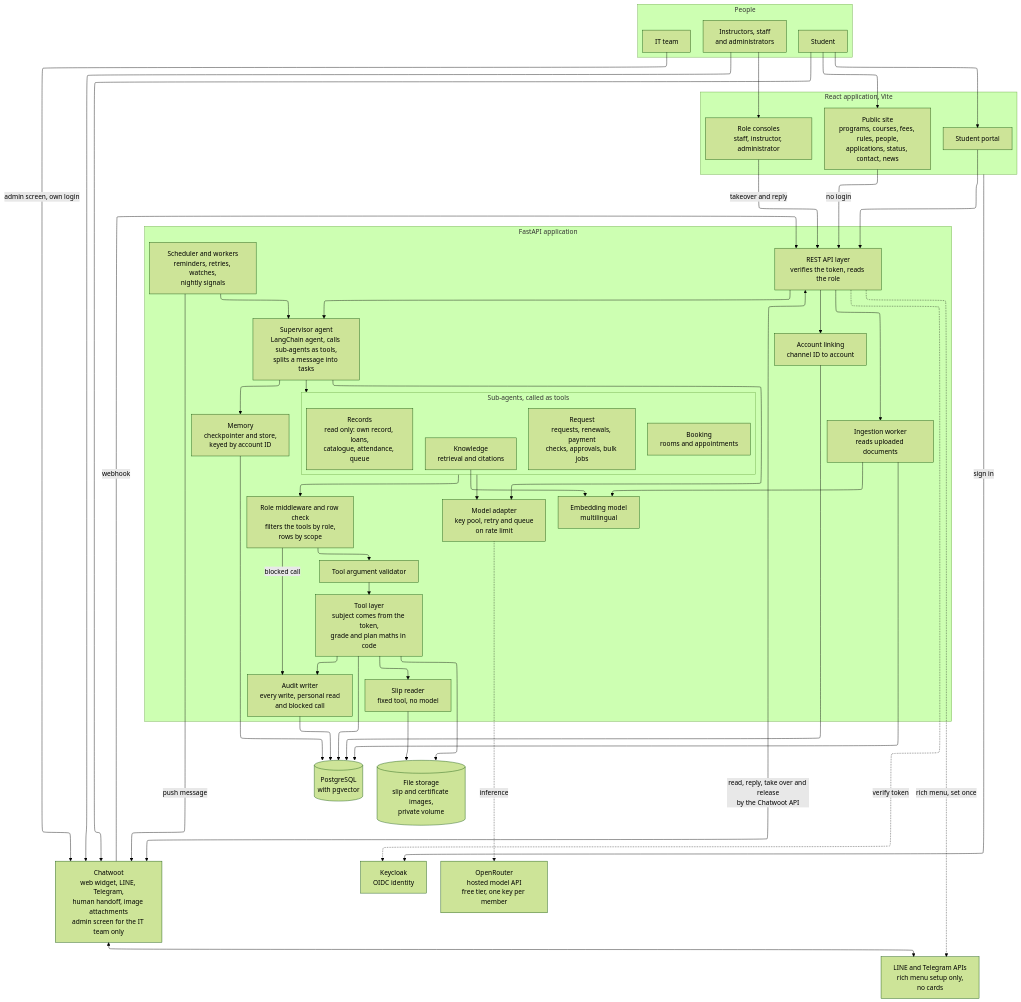
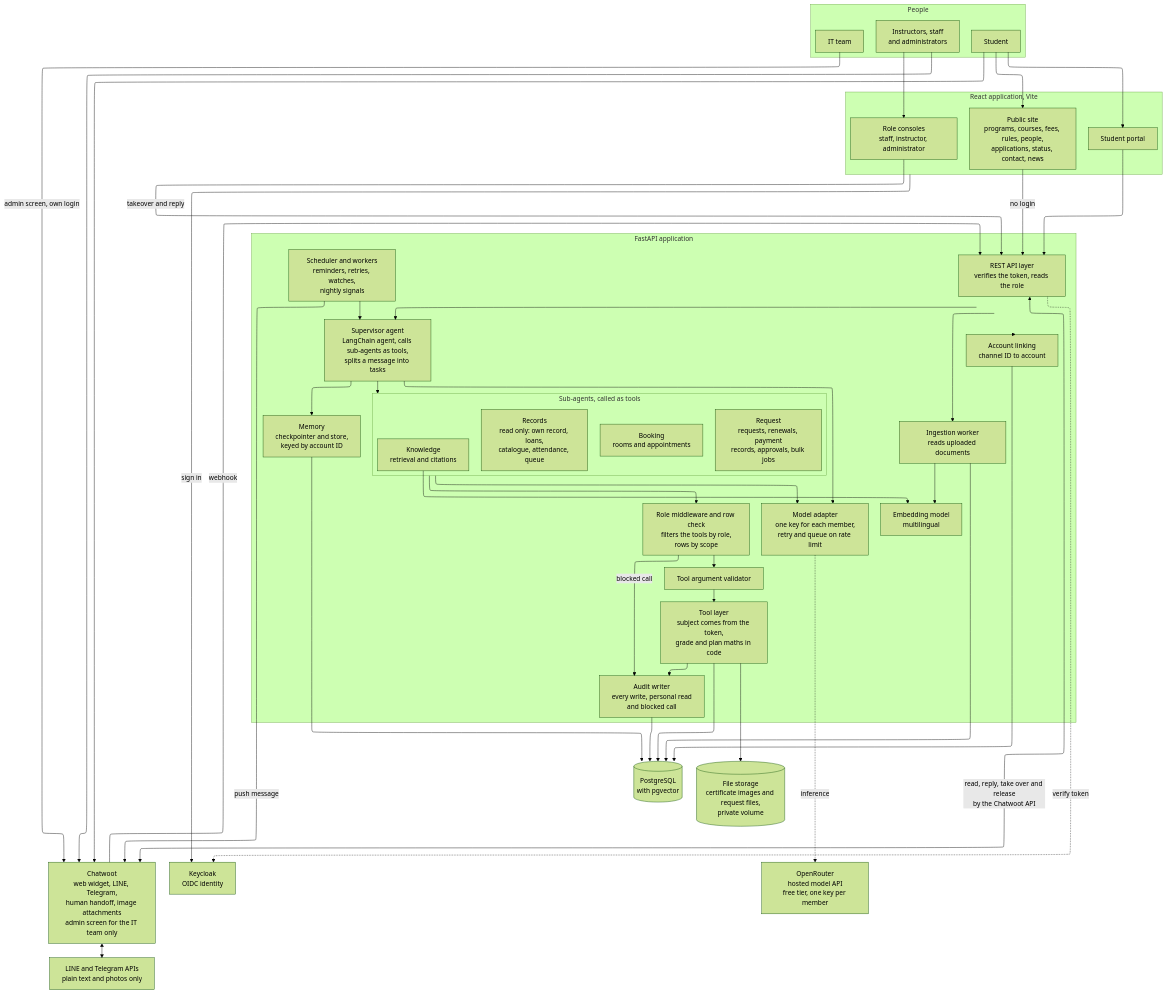
Before and after one commit to SaiWaiYanLynn/smart-university-website: the diagram in design/diagrams/01_architecture.mmd, drawn with Mermaid (forest theme). The commit also changed 27 other files, not shown here.

Commit message:
Add README, feasibility report v3 and updated diagrams

```diff
--- a/design/diagrams/01_architecture.mmd
+++ b/design/diagrams/01_architecture.mmd
@@ -1,93 +1,89 @@
 ---
 config:
   layout: elk
 ---
 flowchart TB
   subgraph Users["People"]
     STU["Student"]
     STF["Instructors, staff<br/>and administrators"]
     ITT["IT team"]
   end
 
   subgraph Frontend["React application, Vite"]
     PUB["Public site<br/>programs, courses, fees, rules, people,<br/>applications, status, contact, news"]
     POR["Student portal"]
     CON["Role consoles<br/>staff, instructor, administrator"]
   end
 
   CWT["Chatwoot<br/>web widget, LINE, Telegram,<br/>human handoff, image attachments<br/>admin screen for the IT team only"]
-  CHN["LINE and Telegram APIs<br/>rich menu setup only,<br/>no cards"]
+  CHN["LINE and Telegram APIs<br/>plain text and photos only"]
 
   subgraph API["FastAPI application"]
     REST["REST API layer<br/>verifies the token, reads the role"]
     LNK["Account linking<br/>channel ID to account"]
     SUP["Supervisor agent<br/>LangChain agent, calls sub-agents as tools,<br/>splits a message into tasks"]
     MEM["Memory<br/>checkpointer and store,<br/>keyed by account ID"]
     SCH["Scheduler and workers<br/>reminders, retries, watches,<br/>nightly signals"]
     subgraph AG["Sub-agents, called as tools"]
       K["Knowledge<br/>retrieval and citations"]
       R["Records<br/>read only: own record, loans,<br/>catalogue, attendance, queue"]
       B["Booking<br/>rooms and appointments"]
-      Q["Request<br/>requests, renewals, payment<br/>checks, approvals, bulk jobs"]
+      Q["Request<br/>requests, renewals, payment<br/>records, approvals, bulk jobs"]
     end
     ROLE["Role middleware and row check<br/>filters the tools by role,<br/>rows by scope"]
     VAL["Tool argument validator"]
     TOOL["Tool layer<br/>subject comes from the token,<br/>grade and plan maths in code"]
-    SLP["Slip reader<br/>fixed tool, no model"]
     AUD["Audit writer<br/>every write, personal read<br/>and blocked call"]
     ING["Ingestion worker<br/>reads uploaded documents"]
     EMB["Embedding model<br/>multilingual"]
-    LLM["Model adapter<br/>key pool, retry and queue<br/>on rate limit"]
+    LLM["Model adapter<br/>one key for each member,<br/>retry and queue on rate limit"]
   end
 
   PG[("PostgreSQL<br/>with pgvector")]
-  FS[("File storage<br/>slip and certificate images,<br/>private volume")]
+  FS[("File storage<br/>certificate images and request files,<br/>private volume")]
   KC["Keycloak<br/>OIDC identity"]
   OR["OpenRouter<br/>hosted model API<br/>free tier, one key per member"]
 
   STU --> PUB
   STU --> POR
   STU --> CWT
   STF --> CON
   STF --> CWT
   ITT -- "admin screen, own login" --> CWT
   CWT <--> CHN
 
   PUB -- "no login" --> REST
   POR --> REST
   CON -- "takeover and reply" --> REST
   CWT -- webhook --> REST
   REST <-- "read, reply, take over and release<br/>by the Chatwoot API" --> CWT
-  REST -. "rich menu, set once" .-> CHN
 
   REST --> SUP
   REST -. verify token .-> KC
   Frontend -- "sign in" --> KC
   REST --> LNK
   LNK --> PG
   REST --> ING
 
   SUP --> MEM
   MEM --> PG
   SCH --> SUP
   SCH -- "push message" --> CWT
 
   SUP --> AG
   AG --> ROLE
   ROLE --> VAL
   VAL --> TOOL
   ROLE -- "blocked call" --> AUD
 
   TOOL --> PG
   TOOL --> FS
-  TOOL --> SLP
-  SLP --> FS
   TOOL --> AUD
   AUD --> PG
   ING --> EMB
   K --> EMB
   ING --> PG
 
   SUP --> LLM
   AG --> LLM
   LLM -. inference .-> OR
```
